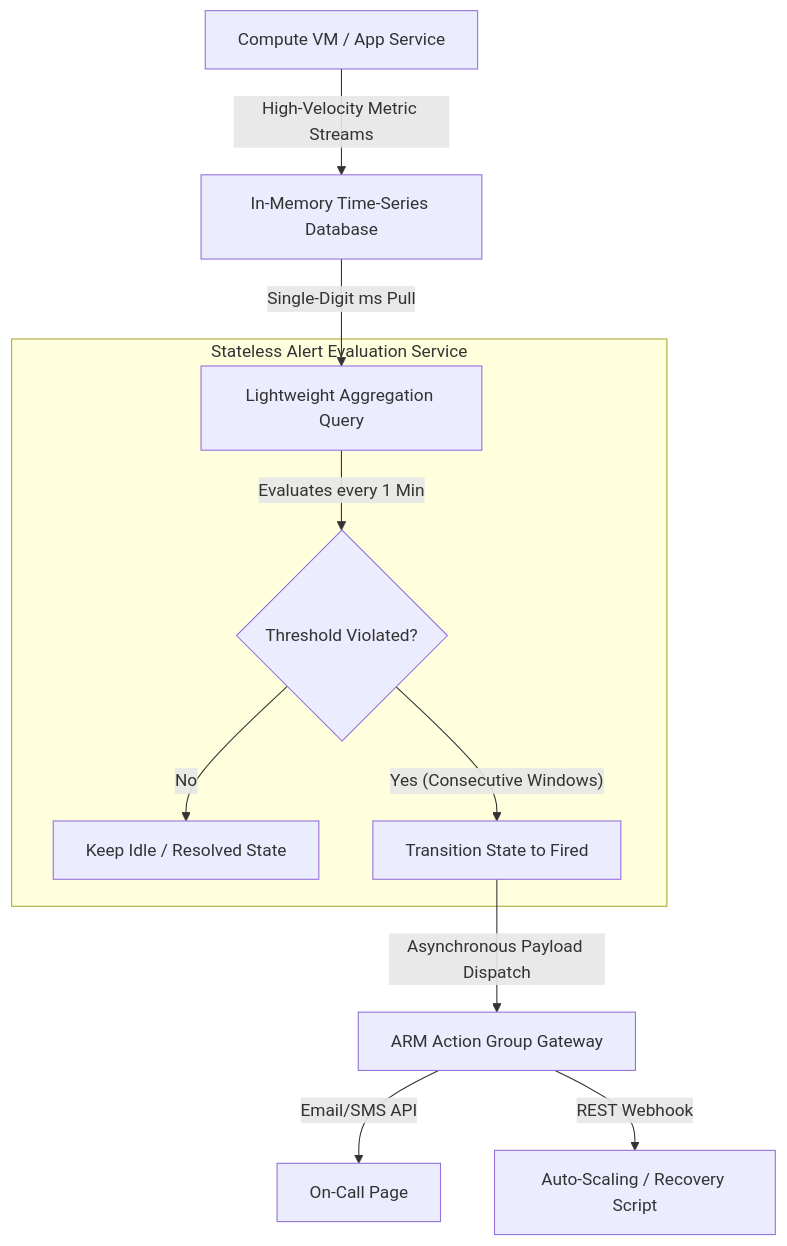
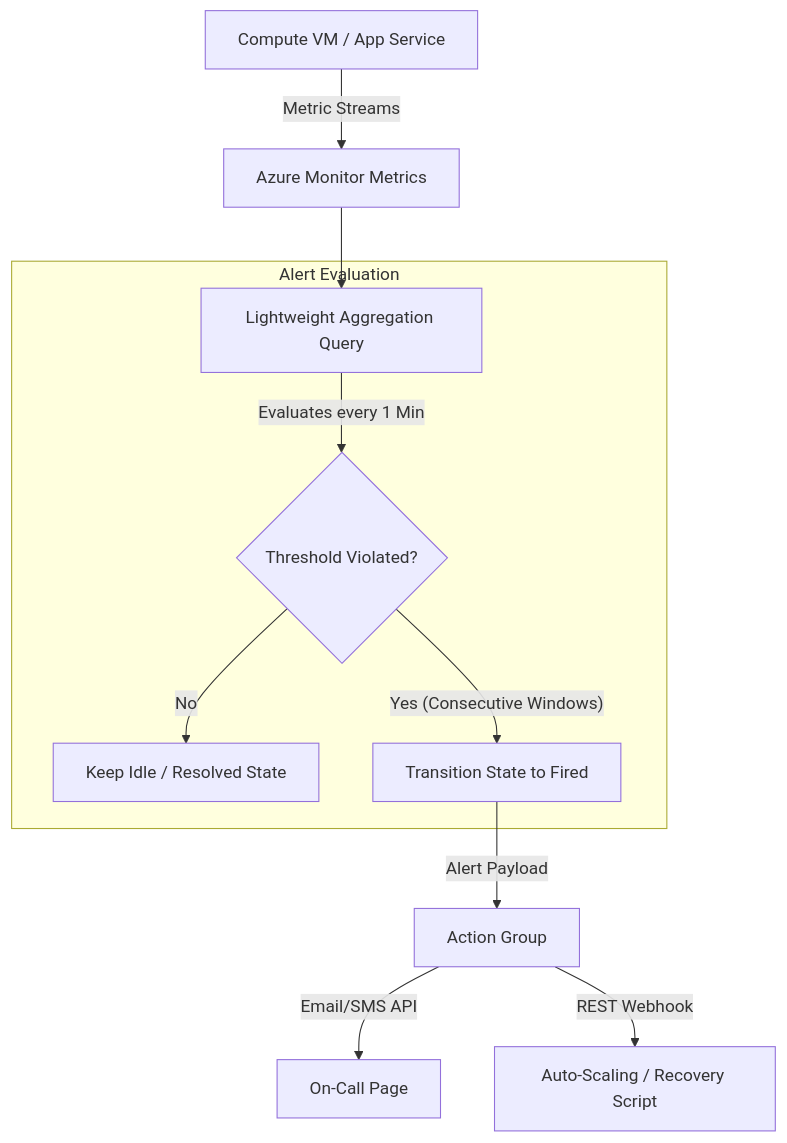
The first of 2 diagrams in cloud-providers/azure/observability/metrics-and-alerts.md (senlinyy/dev-roadmaps), drawn with Mermaid before and after one commit. The commit also changed other lines of this file and 530 other files, not shown here.

````diff
--- a/cloud-providers/azure/observability/metrics-and-alerts.md
+++ b/cloud-providers/azure/observability/metrics-and-alerts.md
@@ -42,16 +40,16 @@
 ```mermaid
 flowchart TD
-    Resource["Compute VM / App Service"] -->|"High-Velocity Metric Streams"| InMemGrid["In-Memory Time-Series Database"]
-    
-    subgraph AlertEngine["Stateless Alert Evaluation Service"]
+    Resource["Compute VM / App Service"] -->|"Metric Streams"| MetricDB["Azure Monitor Metrics"]
+
+    subgraph AlertEngine["Alert Evaluation"]
         Evaluator["Lightweight Aggregation Query"] -->|"Evaluates every 1 Min"| ConditionCheck{"Threshold Violated?"}
         ConditionCheck -->|"No"| Idle["Keep Idle / Resolved State"]
         ConditionCheck -->|"Yes (Consecutive Windows)"| Transition["Transition State to Fired"]
     end
-    
-    InMemGrid -->|"Single-Digit ms Pull"| Evaluator
-    Transition -->|"Asynchronous Payload Dispatch"| ActionGateway["ARM Action Group Gateway"]
-    
+
+    MetricDB --> Evaluator
+    Transition -->|"Alert Payload"| ActionGateway["Action Group"]
+
     ActionGateway -->|"Email/SMS API"| OnCall["On-Call Page"]
     ActionGateway -->|"REST Webhook"| Automation["Auto-Scaling / Recovery Script"]
 ```
````
